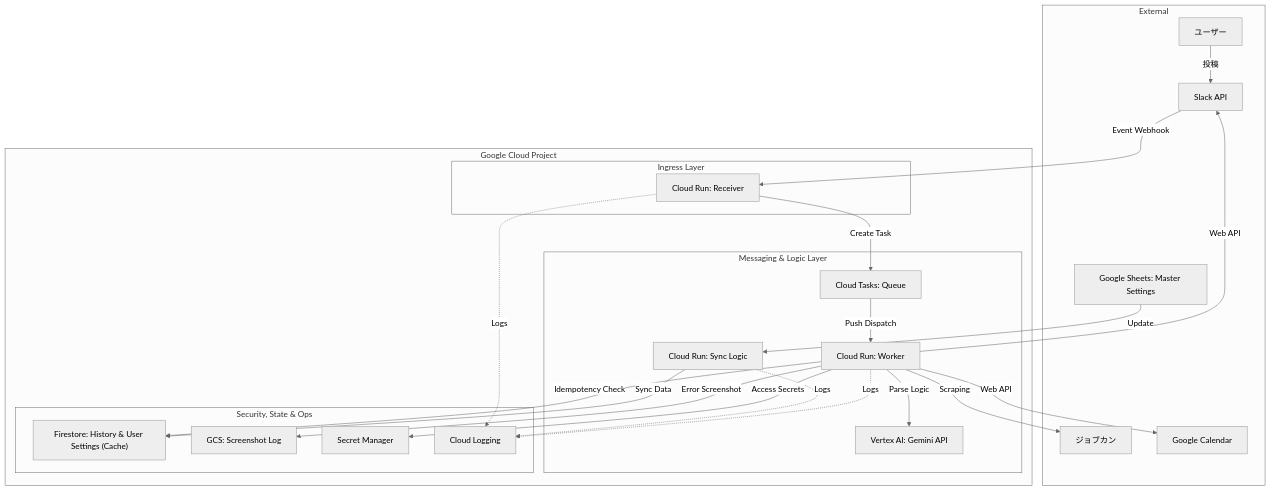
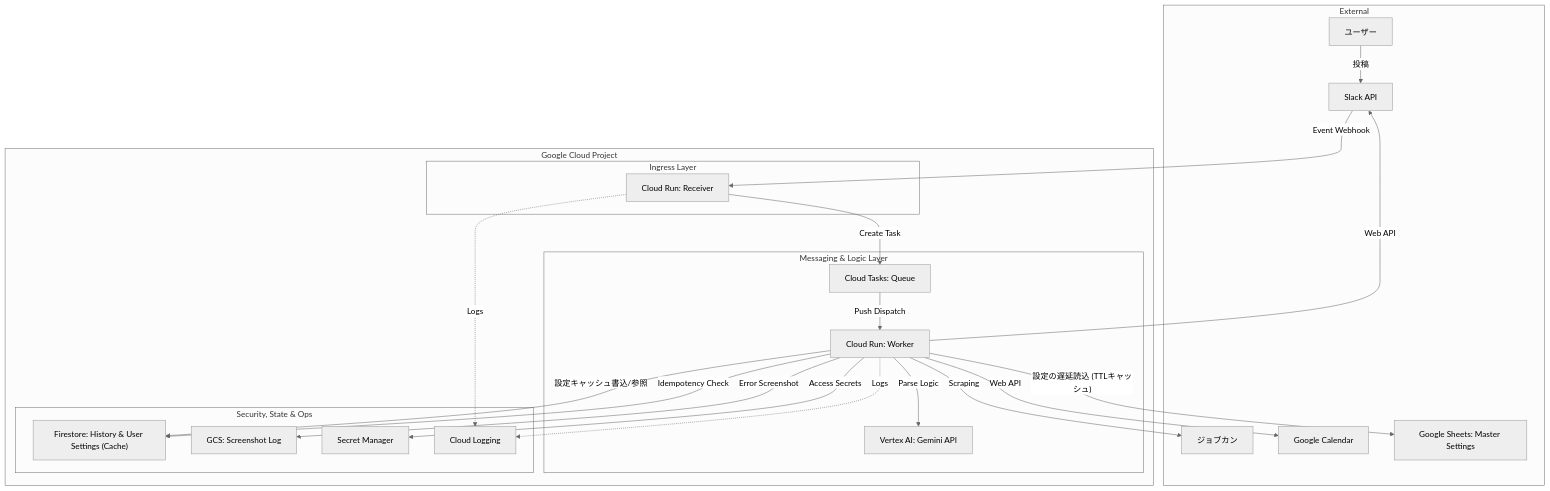
One commit to ea-Mitsuoka/kintai-sync changed the second of 3 diagrams in docs/requirements.md. Above: the diagram before and after it, drawn with Mermaid (neutral theme). The commit also changed other lines of this file and 20 other files, not shown here.

````diff
--- a/docs/requirements.md
+++ b/docs/requirements.md
@@ -83,49 +83,47 @@
 ```mermaid
 graph TB
     subgraph "External"
         U["ユーザー"]
         Slack["Slack API"]
         Jobcan["ジョブカン"]
         GCal["Google Calendar"]
         GSheet["Google Sheets: Master Settings"]
     end
 
     subgraph "Google Cloud Project"
         subgraph "Ingress Layer"
             Receiver["Cloud Run: Receiver"]
         end
 
         subgraph "Messaging & Logic Layer"
             Tasks["Cloud Tasks: Queue"]
             Worker["Cloud Run: Worker"]
-            Sync["Cloud Run: Sync Logic"]
             LLM["Vertex AI: Gemini API"]
         end
 
         subgraph "Security, State & Ops"
             Firestore["Firestore: History & User Settings (Cache)"]
             GCS["GCS: Screenshot Log"]
             Secret["Secret Manager"]
             Logging["Cloud Logging"]
         end
     end
 
     U -->|"投稿"| Slack
     Slack -->|"Event Webhook"| Receiver
-    GSheet -->|"Update"| Sync
-    Sync -->|"Sync Data"| Firestore
     Receiver -->|"Create Task"| Tasks
     Tasks -->|"Push Dispatch"| Worker
 
     Worker -->|"Parse Logic"| LLM
     Worker -->|"Idempotency Check"| Firestore
     Worker -->|"Error Screenshot"| GCS
     Worker -->|"Access Secrets"| Secret
     Worker -->|"Scraping"| Jobcan
     Worker -->|"Web API"| Slack
     Worker -->|"Web API"| GCal
+    Worker -->|"設定の遅延読込 (TTLキャッシュ)"| GSheet
+    Worker -->|"設定キャッシュ書込/参照"| Firestore
 
     Receiver -.->|"Logs"| Logging
     Worker -.->|"Logs"| Logging
-    Sync -.->|"Logs"| Logging
 ```
````
